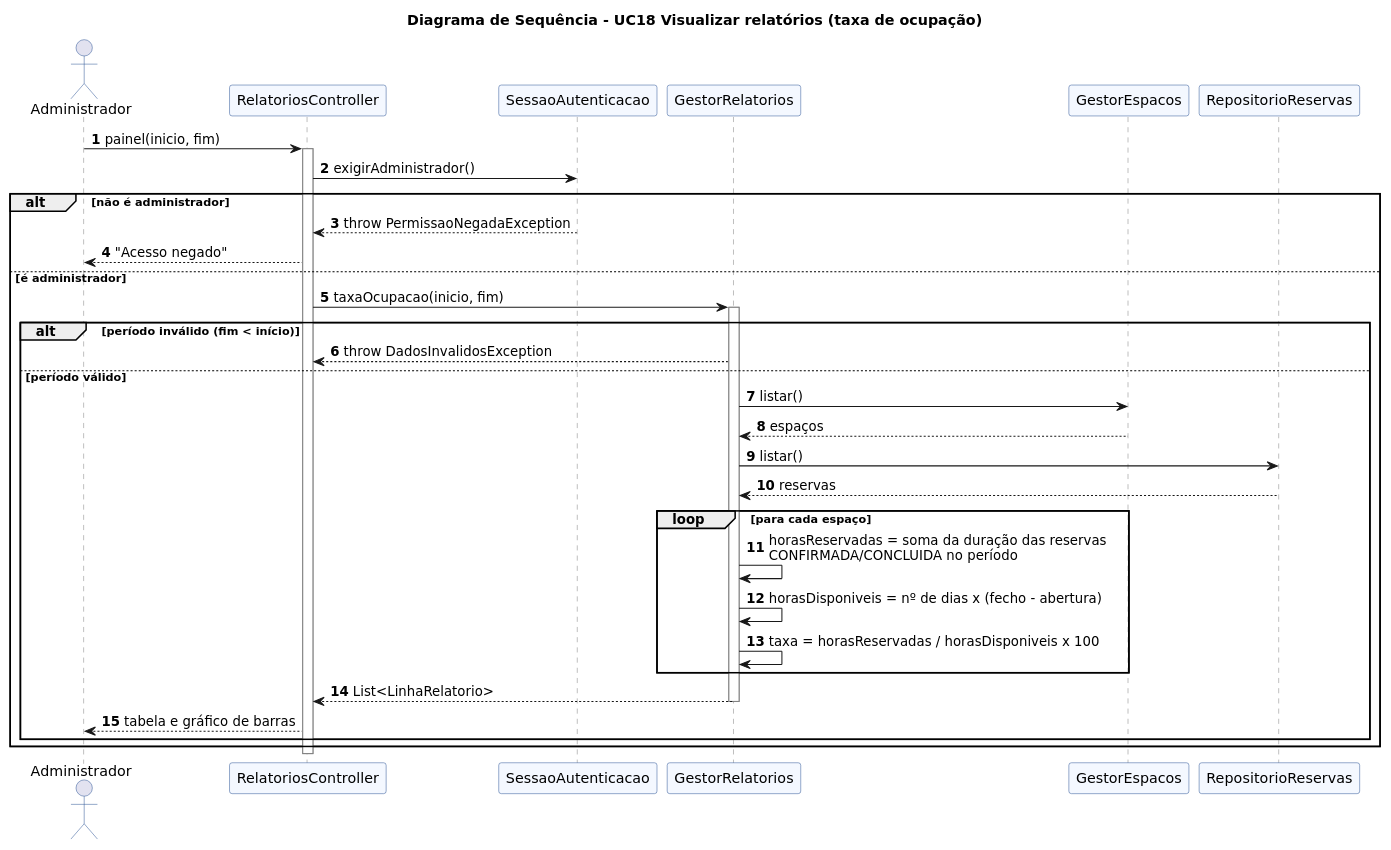
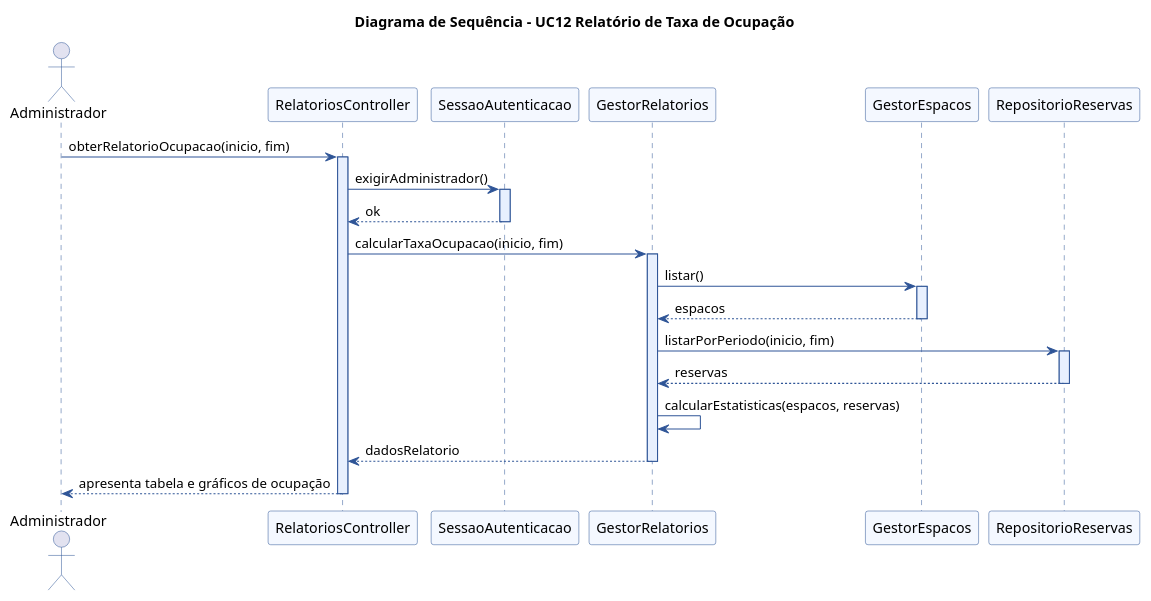
Before and after one commit to SilvaCDC297/ProjetoPOO: the diagram in DA_JS_LP/E1/11_sequencia_relatorio_ocupacao.puml, drawn with PlantUML. The commit also changed 16 other files, not shown here.

```diff
--- a/DA_JS_LP/E1/11_sequencia_relatorio_ocupacao.puml
+++ b/DA_JS_LP/E1/11_sequencia_relatorio_ocupacao.puml
@@ -1,46 +1,50 @@
 @startuml
-title Diagrama de Sequência – UC18 Visualizar relatórios (taxa de ocupação)
+title Diagrama de Sequência – UC12 Relatório de Taxa de Ocupação
 skinparam shadowing false
-skinparam defaultFontName DejaVu Sans
+skinparam defaultFontName "Segoe UI"
 skinparam sequence {
   ParticipantBackgroundColor #F4F8FF
   ParticipantBorderColor #2F5597
   ActorBorderColor #2F5597
-  LifeLineBorderColor #7F7F7F
+  LifeLineBorderColor #2F5597
+  LifeLineBackgroundColor #E8F0FE
+  ArrowColor #2F5597
 }
-autonumber
+
 actor Administrador
 participant RelatoriosController
 participant SessaoAutenticacao
 participant GestorRelatorios
 participant GestorEspacos
 participant RepositorioReservas
 
-Administrador -> RelatoriosController : painel(inicio, fim)
+Administrador -> RelatoriosController : obterRelatorioOcupacao(inicio, fim)
 activate RelatoriosController
+
 RelatoriosController -> SessaoAutenticacao : exigirAdministrador()
-alt não é administrador
-  SessaoAutenticacao --> RelatoriosController : throw PermissaoNegadaException
-  RelatoriosController --> Administrador : "Acesso negado"
-else é administrador
-  RelatoriosController -> GestorRelatorios : taxaOcupacao(inicio, fim)
-  activate GestorRelatorios
-  alt período inválido (fim < início)
-    GestorRelatorios --> RelatoriosController : throw DadosInvalidosException
-  else período válido
-    GestorRelatorios -> GestorEspacos : listar()
-    GestorEspacos --> GestorRelatorios : espaços
-    GestorRelatorios -> RepositorioReservas : listar()
-    RepositorioReservas --> GestorRelatorios : reservas
-    loop para cada espaço
-      GestorRelatorios -> GestorRelatorios : horasReservadas = soma da duração das reservas\nCONFIRMADA/CONCLUIDA no período
-      GestorRelatorios -> GestorRelatorios : horasDisponiveis = nº de dias x (fecho - abertura)
-      GestorRelatorios -> GestorRelatorios : taxa = horasReservadas / horasDisponiveis x 100
-    end
-    GestorRelatorios --> RelatoriosController : List<LinhaRelatorio>
-    deactivate GestorRelatorios
-    RelatoriosController --> Administrador : tabela e gráfico de barras
-  end
-end
+activate SessaoAutenticacao
+SessaoAutenticacao --> RelatoriosController : ok
+deactivate SessaoAutenticacao
+
+RelatoriosController -> GestorRelatorios : calcularTaxaOcupacao(inicio, fim)
+activate GestorRelatorios
+
+GestorRelatorios -> GestorEspacos : listar()
+activate GestorEspacos
+GestorEspacos --> GestorRelatorios : espacos
+deactivate GestorEspacos
+
+GestorRelatorios -> RepositorioReservas : listarPorPeriodo(inicio, fim)
+activate RepositorioReservas
+RepositorioReservas --> GestorRelatorios : reservas
+deactivate RepositorioReservas
+
+GestorRelatorios -> GestorRelatorios : calcularEstatisticas(espacos, reservas)
+
+GestorRelatorios --> RelatoriosController : dadosRelatorio
+deactivate GestorRelatorios
+
+RelatoriosController --> Administrador : apresenta tabela e gráficos de ocupação
 deactivate RelatoriosController
+
 @enduml
```
